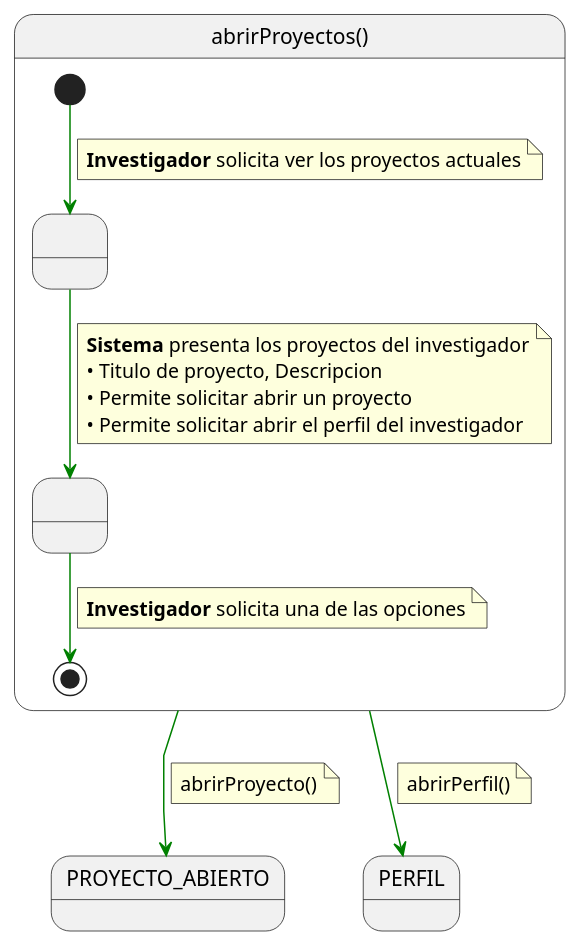
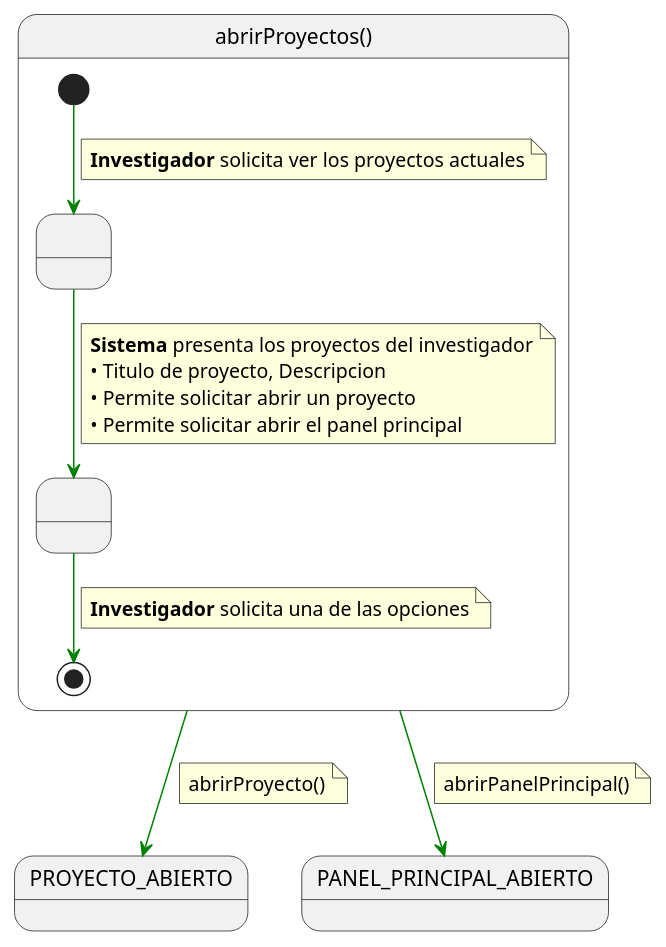
One commit to 31Diego/25-26-IdSw1-SdR changed the diagram in documents/CasosDeUso/investigador/04-proyecto/abrirProyectos/abrirProyectos.puml. Above: the diagram before and after it, drawn with PlantUML. The commit also changed 1 other file, not shown here.

Commit message:
fix/cambios en CdU abrirProyectos

```diff
--- a/documents/CasosDeUso/investigador/04-proyecto/abrirProyectos/abrirProyectos.puml
+++ b/documents/CasosDeUso/investigador/04-proyecto/abrirProyectos/abrirProyectos.puml
@@ -1,39 +1,39 @@
 @startuml abrirProyectos
 
 skinparam linetype polyline
 
 state abrirProyectos as "abrirProyectos()" {
 
     state " " as MostrandoProyectos
     state " " as ProyectoSelecionado
 
     [*] -[#green]-> MostrandoProyectos
     note on link
     <b>Investigador</b> solicita ver los proyectos actuales
-    end note    
+    end note
     
     MostrandoProyectos -[#green]-> ProyectoSelecionado
     note on link
     <b>Sistema</b> presenta los proyectos del investigador
     • Titulo de proyecto, Descripcion
     • Permite solicitar abrir un proyecto
-    • Permite solicitar abrir el perfil del investigador
+    • Permite solicitar abrir el panel principal
     end note
     
     ProyectoSelecionado -[#green]-> [*]
     note on link
     <b>Investigador</b> solicita una de las opciones
     end note
 }
 
 abrirProyectos -[#green]-> PROYECTO_ABIERTO
 note on link
 abrirProyecto()
 end note
 
-abrirProyectos -[#green]-> PERFIL
+abrirProyectos -[#green]-> PANEL_PRINCIPAL_ABIERTO
 note on link
-abrirPerfil()
+abrirPanelPrincipal()
 end note
 
 @enduml
```
